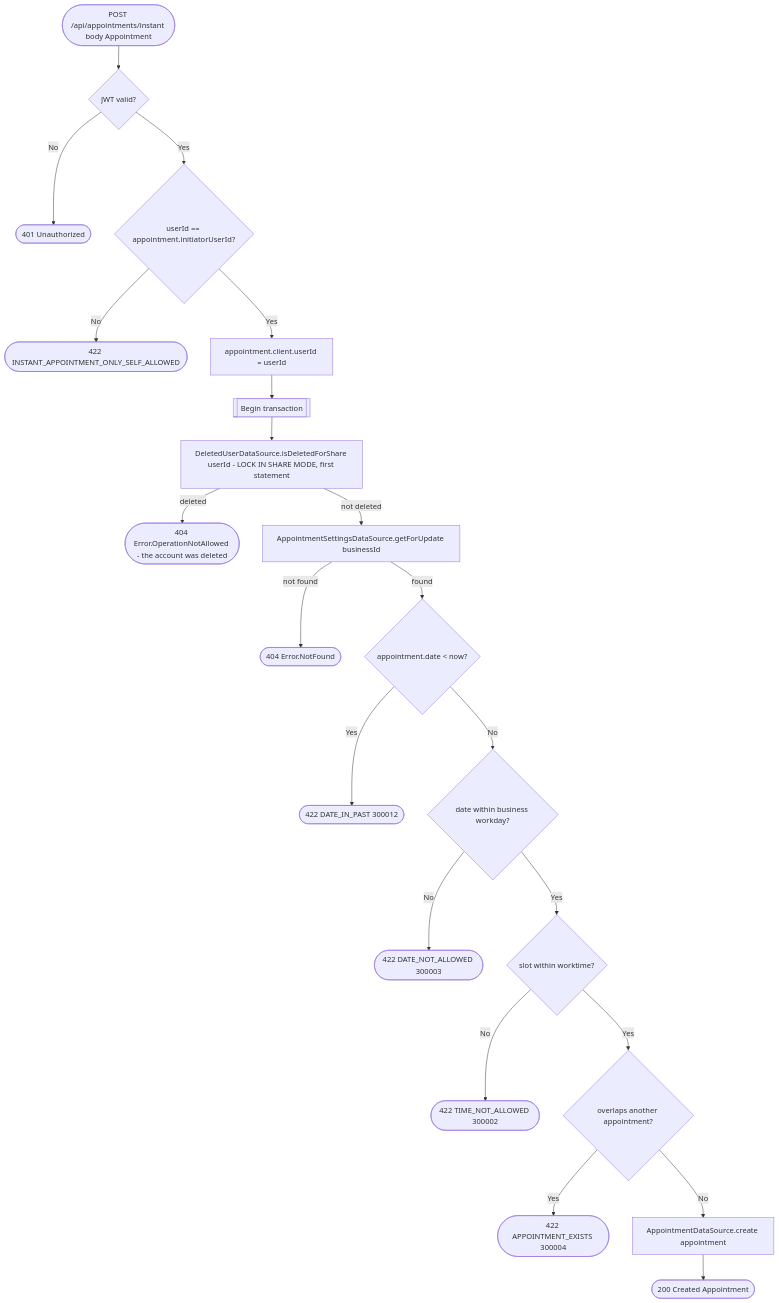
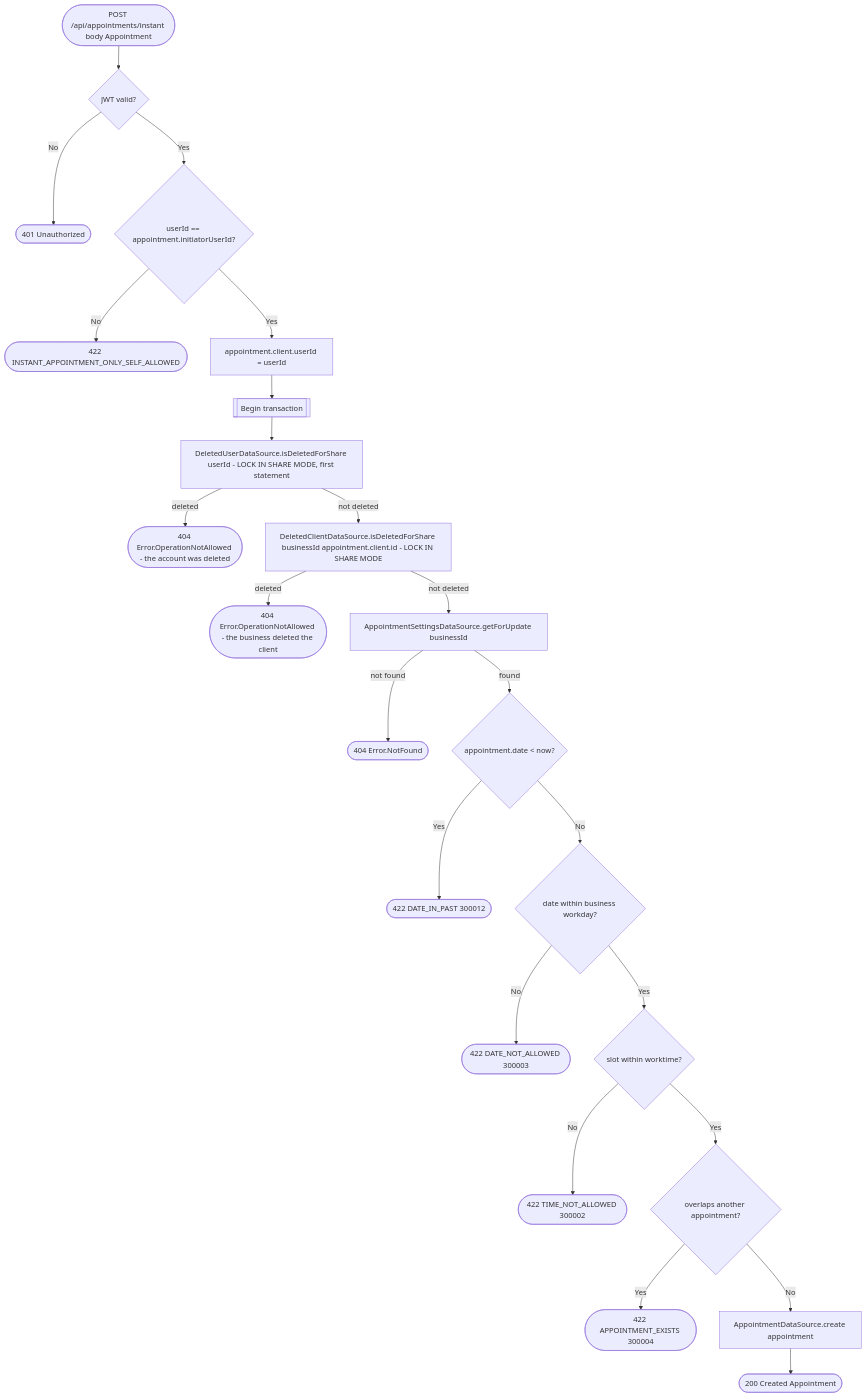
One commit to nocturneproperties/bookkme changed the diagram in docs/operations/appointments/create-appointment-instant.md. Above: the diagram before and after it, drawn with Mermaid. The commit also changed other lines of this file and 49 other files, not shown here.

````diff
--- a/docs/operations/appointments/create-appointment-instant.md
+++ b/docs/operations/appointments/create-appointment-instant.md
@@ -22,22 +29,24 @@
 ```mermaid
 flowchart TD
     Start([POST /api/appointments/instant body Appointment]) --> Auth{JWT valid?}
     Auth -- No --> R401([401 Unauthorized])
     Auth -- Yes --> SelfCheck{userId == appointment.initiatorUserId?}
     SelfCheck -- No --> R422a([422 INSTANT_APPOINTMENT_ONLY_SELF_ALLOWED])
     SelfCheck -- Yes --> Own["appointment.client.userId = userId"] --> Tx[[Begin transaction]]
     Tx --> Deleted["DeletedUserDataSource.isDeletedForShare userId - LOCK IN SHARE MODE, first statement"]
     Deleted -- deleted --> R404del([404 Error.OperationNotAllowed - the account was deleted])
-    Deleted -- not deleted --> Settings[AppointmentSettingsDataSource.getForUpdate businessId]
+    Deleted -- not deleted --> ClientDeleted["DeletedClientDataSource.isDeletedForShare businessId appointment.client.id - LOCK IN SHARE MODE"]
+    ClientDeleted -- deleted --> R404client([404 Error.OperationNotAllowed - the business deleted the client])
+    ClientDeleted -- not deleted --> Settings[AppointmentSettingsDataSource.getForUpdate businessId]
     Settings -- not found --> R404a([404 Error.NotFound])
     Settings -- found --> PastCheck{appointment.date < now?}
     PastCheck -- Yes --> R422b([422 DATE_IN_PAST 300012])
     PastCheck -- No --> WorkdayCheck{date within business workday?}
     WorkdayCheck -- No --> R422c([422 DATE_NOT_ALLOWED 300003])
     WorkdayCheck -- Yes --> WorktimeCheck{slot within worktime?}
     WorktimeCheck -- No --> R422d([422 TIME_NOT_ALLOWED 300002])
     WorktimeCheck -- Yes --> Overlap{overlaps another appointment?}
     Overlap -- Yes --> R422e([422 APPOINTMENT_EXISTS 300004])
     Overlap -- No --> Create[AppointmentDataSource.create appointment]
     Create --> R200([200 Created Appointment])
 ```
````
